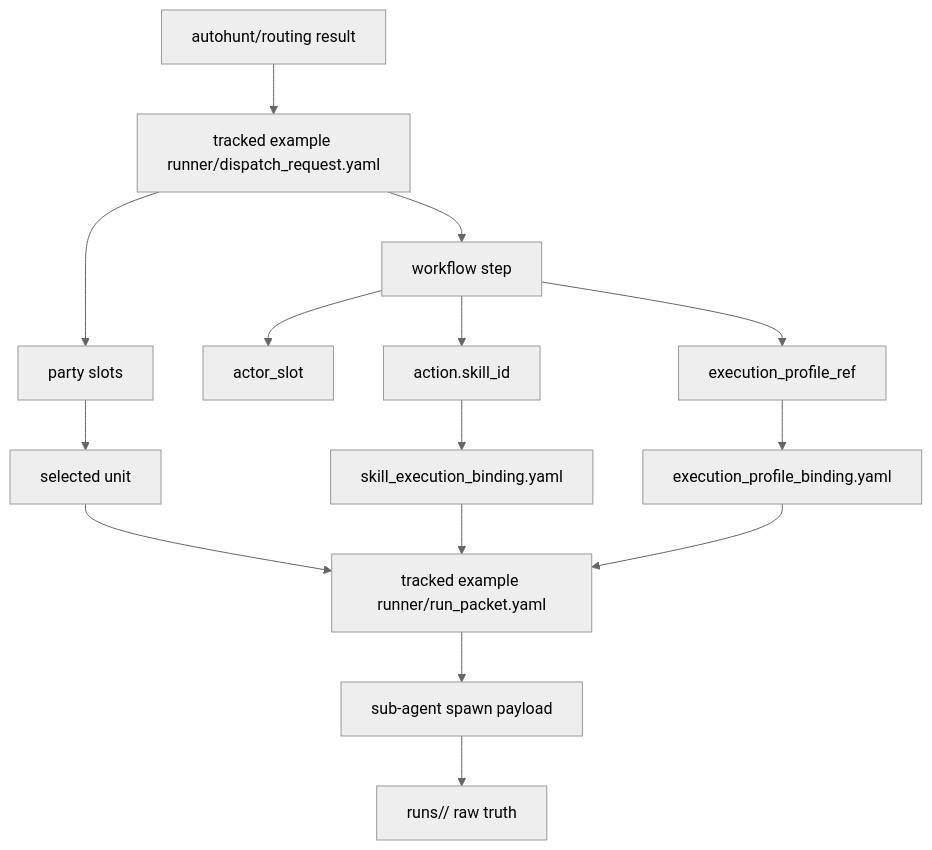
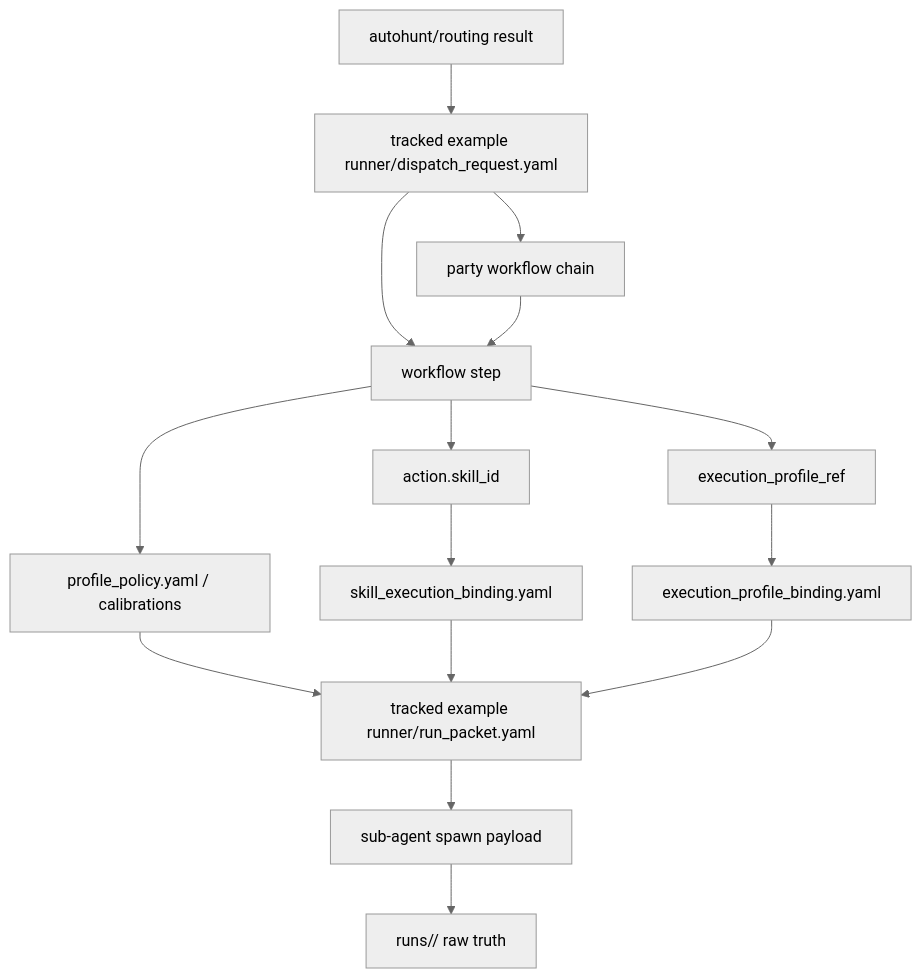
The first of 2 diagrams in docs/architecture/workspace/RUNNER_EXECUTION_MODEL.md (SungYongMOON/soulforge), drawn with Mermaid (neutral theme) before and after one commit. The commit also changed other lines of this file and 91 other files, not shown here.

````diff
--- a/docs/architecture/workspace/RUNNER_EXECUTION_MODEL.md
+++ b/docs/architecture/workspace/RUNNER_EXECUTION_MODEL.md
@@ -14,17 +14,17 @@
 ```mermaid
 flowchart TD
   AH["autohunt/routing result"] --> DR["tracked example runner/dispatch_request.yaml"]
+  DR --> PT["party workflow chain"]
   DR --> WF["workflow step"]
-  DR --> PT["party slots"]
-  WF --> SLOT["actor_slot"]
-  PT --> UNIT["selected unit"]
+  PT --> WF
   WF --> SK["action.skill_id"]
   WF --> EP["execution_profile_ref"]
+  WF --> PROF["profile_policy.yaml / calibrations"]
   SK --> SB["skill_execution_binding.yaml"]
   EP --> EB["execution_profile_binding.yaml"]
-  UNIT --> RP["tracked example runner/run_packet.yaml"]
+  PROF --> RP["tracked example runner/run_packet.yaml"]
   SB --> RP
   EB --> RP
   RP --> AG["sub-agent spawn payload"]
   AG --> RAW["runs/<run_id>/ raw truth"]
 ```
````
